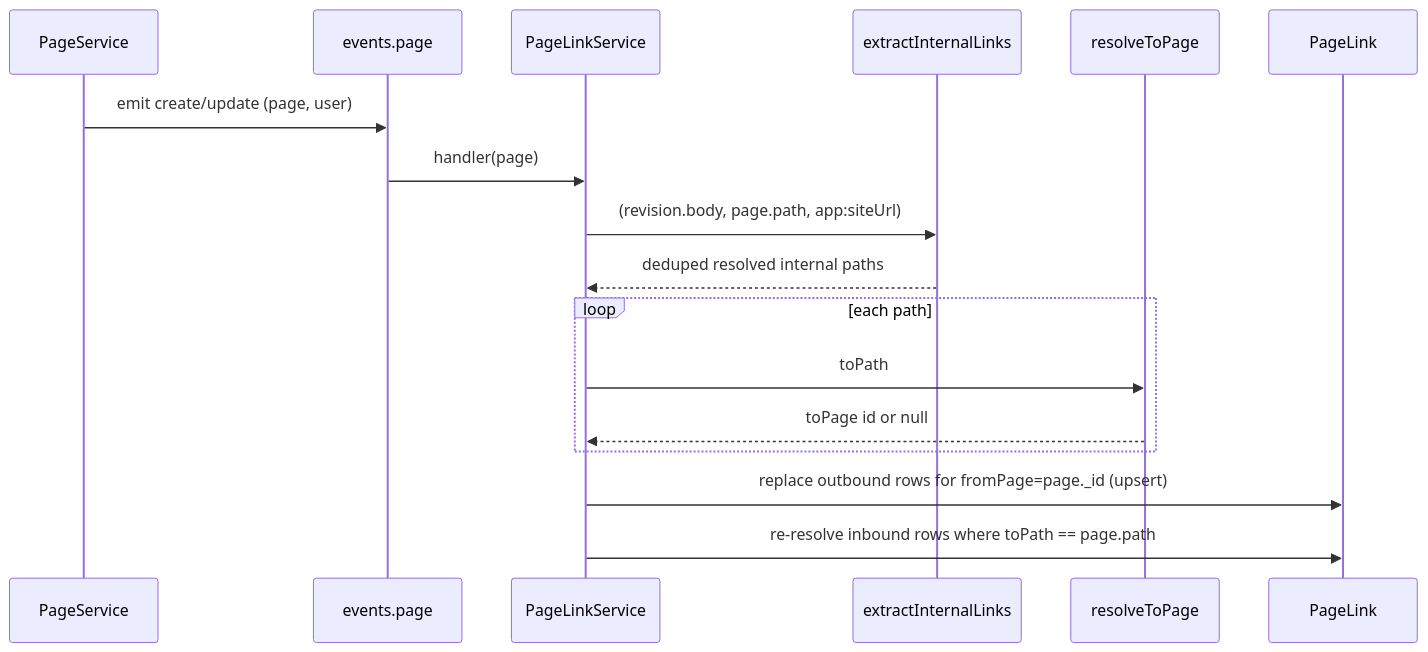
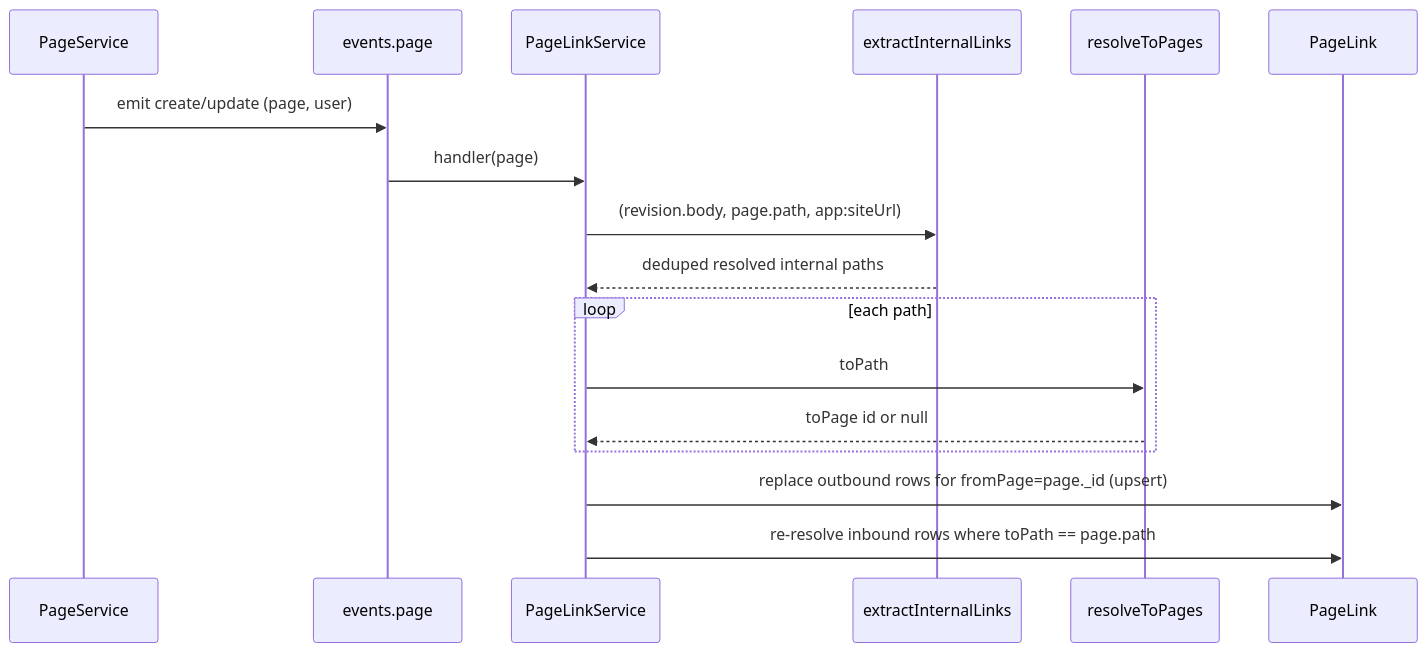
The second of 5 diagrams in .kiro/specs/backlinks/design.md (growilabs/growi), drawn with Mermaid before and after one commit. The commit also changed other lines of this file and 3 other files, not shown here.

````diff
--- a/.kiro/specs/backlinks/design.md
+++ b/.kiro/specs/backlinks/design.md
@@ -227,20 +236,20 @@
 ```mermaid
 sequenceDiagram
     participant PS as PageService
     participant Bus as events.page
     participant Svc as PageLinkService
     participant Ext as extractInternalLinks
-    participant Res as resolveToPage
+    participant Res as resolveToPages
     participant DB as PageLink
 
     PS->>Bus: emit create/update (page, user)
     Bus->>Svc: handler(page)
     Svc->>Ext: (revision.body, page.path, app:siteUrl)
     Ext-->>Svc: deduped resolved internal paths
     loop each path
         Svc->>Res: toPath
         Res-->>Svc: toPage id or null
     end
     Svc->>DB: replace outbound rows for fromPage=page._id (upsert)
     Svc->>DB: re-resolve inbound rows where toPath == page.path
 ```
````
